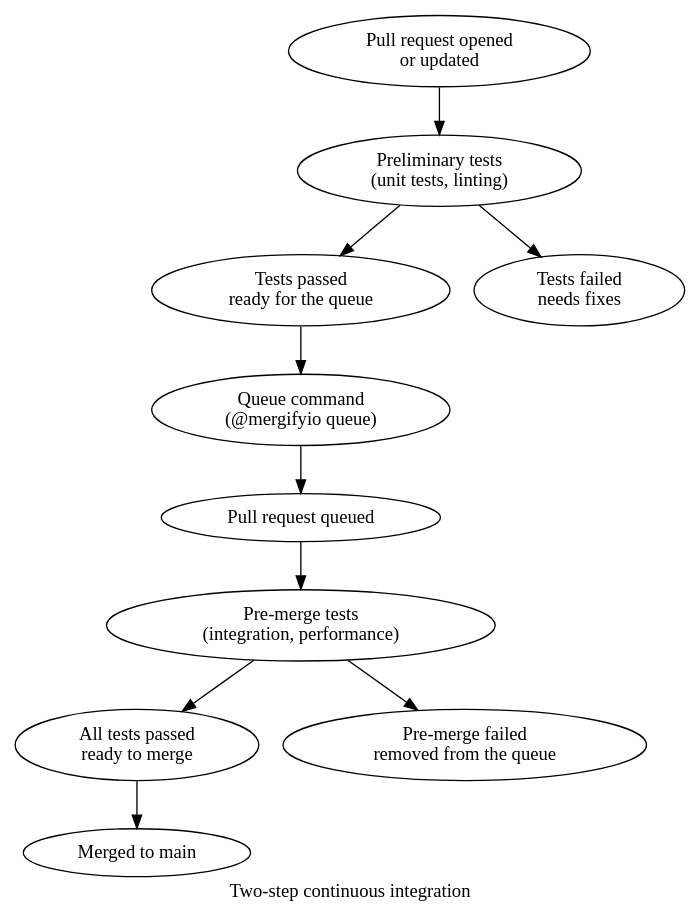
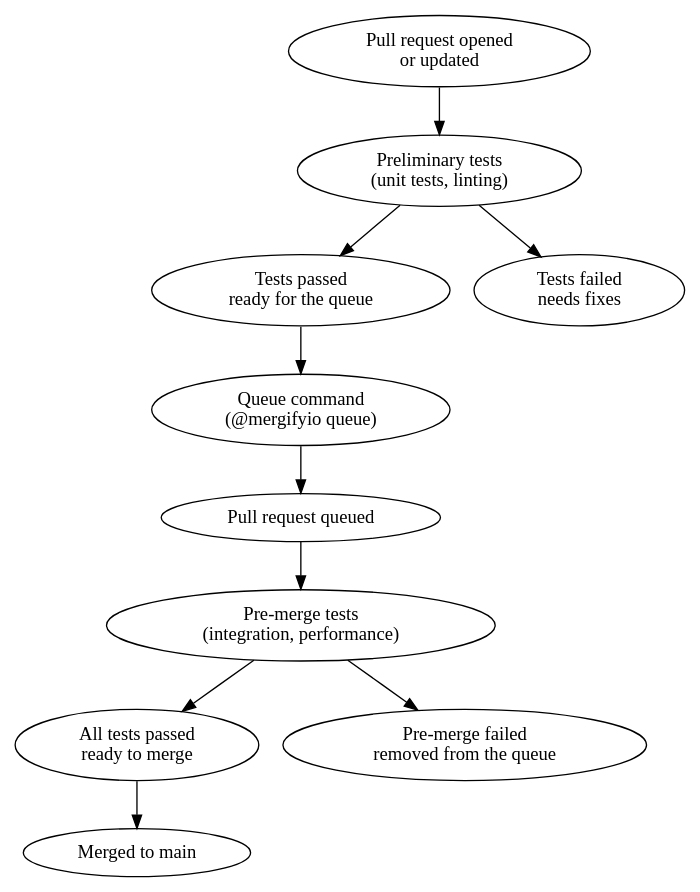
Before and after one commit to Mergifyio/docs: the diagram in src/content/docs/merge-queue/two-step.mdx, drawn with Graphviz. The commit also changed 20 other files, not shown here.

First line of the commit message:
feat(diagrams): size by type, caption in HTML, one meaning per role

````diff
--- a/src/content/docs/merge-queue/two-step.mdx
+++ b/src/content/docs/merge-queue/two-step.mdx
@@ -27,30 +27,29 @@
-```dot class="flow"
+```dot class="flow" title="Two-step CI: cheap checks before the queue, the expensive ones inside it"
 digraph {
-  label="Two-step continuous integration";
   node [width=2.2];
 
-  open [label="Pull request opened\nor updated", class="queued"];
+  open [label="Pull request opened\nor updated", class="external"];
   preliminary [label="Preliminary tests\n(unit tests, linting)", class="pending"];
   preliminary_ok [label="Tests passed\nready for the queue", class="merged"];
   preliminary_fail [label="Tests failed\nneeds fixes", class="failed"];
   queue_req [label="Queue command\n(@mergifyio queue)", class="queued"];
   queued [label="Pull request queued", shape=oval, class="queued"];
   premerge [label="Pre-merge tests\n(integration, performance)", class="pending"];
   premerge_ok [label="All tests passed\nready to merge", class="merged"];
   premerge_fail [label="Pre-merge failed\nremoved from the queue", class="failed"];
   merged [label="Merged to main", class="merged"];
 
   open -> preliminary;
   preliminary -> preliminary_ok [class="merged"];
   preliminary -> preliminary_fail [class="failed"];
   preliminary_ok -> queue_req;
   queue_req -> queued;
   queued -> premerge;
   premerge -> premerge_ok [class="merged"];
   premerge -> premerge_fail [class="failed"];
   premerge_ok -> merged [class="merged"];
 
   { rank=same; preliminary_ok; preliminary_fail; }
   { rank=same; premerge_ok; premerge_fail; }
 }
 ```
````
